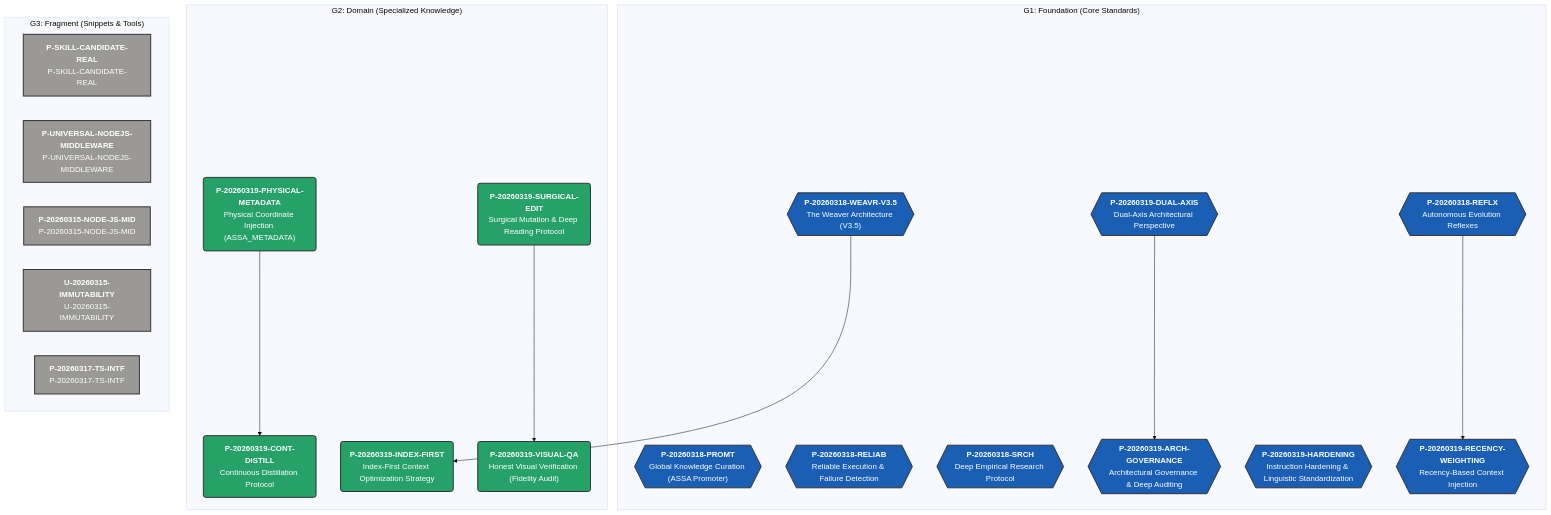
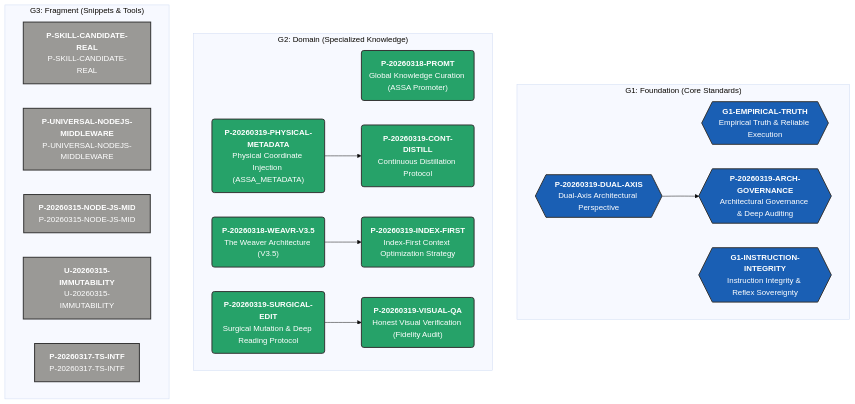
Before and after one commit to Biogod2020/ASSA: the second of 2 diagrams in README.md, drawn with Mermaid (base theme). The commit also changed 3 other files, not shown here.

Commit message:
refactor(global): consolidate redundant G1 standards and implement report-only governance protocol

````diff
--- a/README.md
+++ b/README.md
@@ -61,41 +61,37 @@
 ```mermaid
 graph TD
   subgraph G1 ["G1: Foundation (Core Standards)"]
-    P_20260318_PROMT{{"<b>P-20260318-PROMT</b><br/>Global Knowledge Curation (ASSA Promoter)"}}
-    P_20260318_REFLX{{"<b>P-20260318-REFLX</b><br/>Autonomous Evolution Reflexes"}}
-    P_20260318_RELIAB{{"<b>P-20260318-RELIAB</b><br/>Reliable Execution & Failure Detection"}}
-    P_20260318_SRCH{{"<b>P-20260318-SRCH</b><br/>Deep Empirical Research Protocol"}}
-    P_20260318_WEAVR_V3.5{{"<b>P-20260318-WEAVR-V3.5</b><br/>The Weaver Architecture (V3.5)"}}
+    G1_EMPIRICAL_TRUTH{{"<b>G1-EMPIRICAL-TRUTH</b><br/>Empirical Truth & Reliable Execution"}}
+    G1_INSTRUCTION_INTEGRITY{{"<b>G1-INSTRUCTION-INTEGRITY</b><br/>Instruction Integrity & Reflex Sovereignty"}}
     P_20260319_ARCH_GOVERNANCE{{"<b>P-20260319-ARCH-GOVERNANCE</b><br/>Architectural Governance & Deep Auditing"}}
     P_20260319_DUAL_AXIS{{"<b>P-20260319-DUAL-AXIS</b><br/>Dual-Axis Architectural Perspective"}}
-    P_20260319_HARDENING{{"<b>P-20260319-HARDENING</b><br/>Instruction Hardening & Linguistic Standardization"}}
-    P_20260319_RECENCY_WEIGHTING{{"<b>P-20260319-RECENCY-WEIGHTING</b><br/>Recency-Based Context Injection"}}
   end
   subgraph G2 ["G2: Domain (Specialized Knowledge)"]
+    P_20260318_PROMT("<b>P-20260318-PROMT</b><br/>Global Knowledge Curation (ASSA Promoter)")
+    P_20260318_WEAVR_V3.5("<b>P-20260318-WEAVR-V3.5</b><br/>The Weaver Architecture (V3.5)")
     P_20260319_CONT_DISTILL("<b>P-20260319-CONT-DISTILL</b><br/>Continuous Distillation Protocol")
     P_20260319_INDEX_FIRST("<b>P-20260319-INDEX-FIRST</b><br/>Index-First Context Optimization Strategy")
     P_20260319_PHYSICAL_METADATA("<b>P-20260319-PHYSICAL-METADATA</b><br/>Physical Coordinate Injection (ASSA_METADATA)")
     P_20260319_SURGICAL_EDIT("<b>P-20260319-SURGICAL-EDIT</b><br/>Surgical Mutation & Deep Reading Protocol")
     P_20260319_VISUAL_QA("<b>P-20260319-VISUAL-QA</b><br/>Honest Visual Verification (Fidelity Audit)")
   end
   subgraph G3 ["G3: Fragment (Snippets & Tools)"]
     P_SKILL_CANDIDATE_REAL["<b>P-SKILL-CANDIDATE-REAL</b><br/>P-SKILL-CANDIDATE-REAL"]
     P_UNIVERSAL_NODEJS_MIDDLEWARE["<b>P-UNIVERSAL-NODEJS-MIDDLEWARE</b><br/>P-UNIVERSAL-NODEJS-MIDDLEWARE"]
     P_20260315_NODE_JS_MID["<b>P-20260315-NODE-JS-MID</b><br/>P-20260315-NODE-JS-MID"]
     U_20260315_IMMUTABILITY["<b>U-20260315-IMMUTABILITY</b><br/>U-20260315-IMMUTABILITY"]
     P_20260317_TS_INTF["<b>P-20260317-TS-INTF</b><br/>P-20260317-TS-INTF"]
   end
   P_20260319_DUAL_AXIS --> P_20260319_ARCH_GOVERNANCE
   P_20260319_PHYSICAL_METADATA --> P_20260319_CONT_DISTILL
   P_20260318_WEAVR_V3.5 --> P_20260319_INDEX_FIRST
-  P_20260318_REFLX --> P_20260319_RECENCY_WEIGHTING
   P_20260319_SURGICAL_EDIT --> P_20260319_VISUAL_QA
 
   %% Styling
   classDef style_G1 fill:#1a5fb4,stroke:#333,stroke-width:2px,color:#fff,font-family:Arial;
-  class P_20260318_PROMT,P_20260318_REFLX,P_20260318_RELIAB,P_20260318_SRCH,P_20260318_WEAVR_V3.5,P_20260319_ARCH_GOVERNANCE,P_20260319_DUAL_AXIS,P_20260319_HARDENING,P_20260319_RECENCY_WEIGHTING style_G1;
+  class G1_EMPIRICAL_TRUTH,G1_INSTRUCTION_INTEGRITY,P_20260319_ARCH_GOVERNANCE,P_20260319_DUAL_AXIS style_G1;
   classDef style_G2 fill:#26a269,stroke:#333,stroke-width:2px,color:#fff,font-family:Arial;
-  class P_20260319_CONT_DISTILL,P_20260319_INDEX_FIRST,P_20260319_PHYSICAL_METADATA,P_20260319_SURGICAL_EDIT,P_20260319_VISUAL_QA style_G2;
+  class P_20260318_PROMT,P_20260318_WEAVR_V3.5,P_20260319_CONT_DISTILL,P_20260319_INDEX_FIRST,P_20260319_PHYSICAL_METADATA,P_20260319_SURGICAL_EDIT,P_20260319_VISUAL_QA style_G2;
   classDef style_G3 fill:#9a9996,stroke:#333,stroke-width:2px,color:#fff,font-family:Arial;
   class P_SKILL_CANDIDATE_REAL,P_UNIVERSAL_NODEJS_MIDDLEWARE,P_20260315_NODE_JS_MID,U_20260315_IMMUTABILITY,P_20260317_TS_INTF style_G3;
 ```
````
